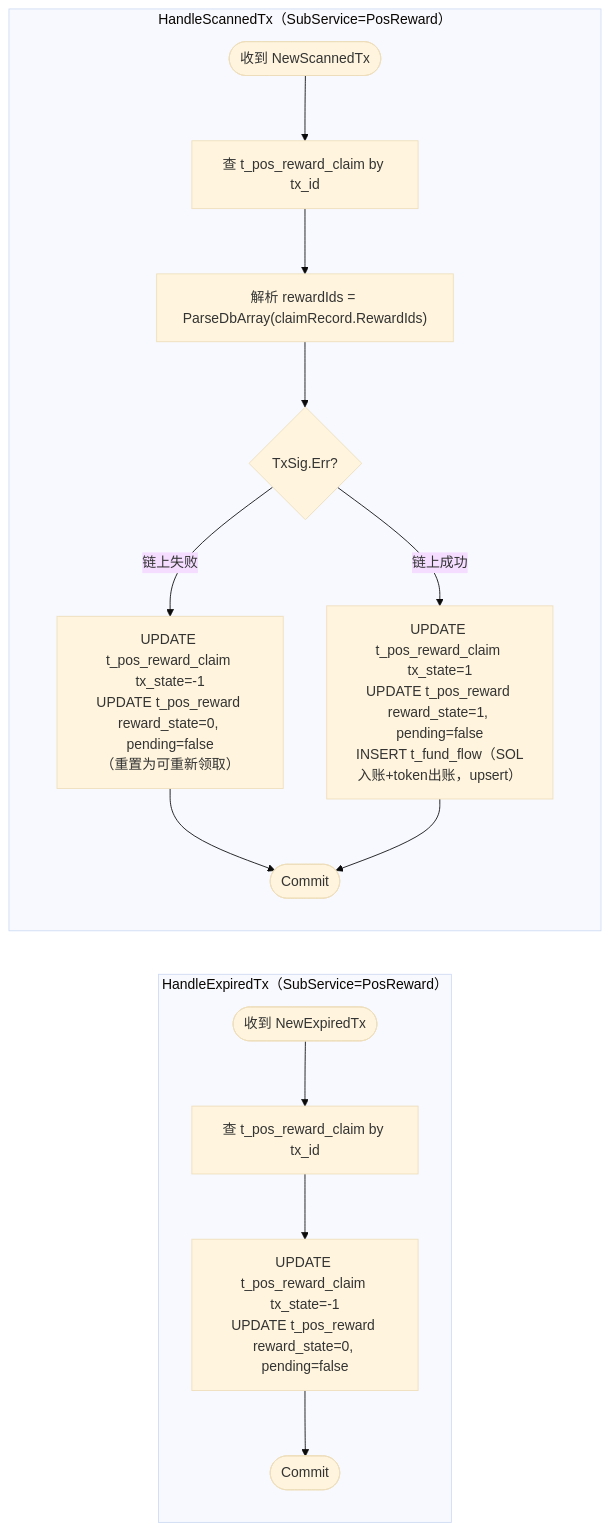
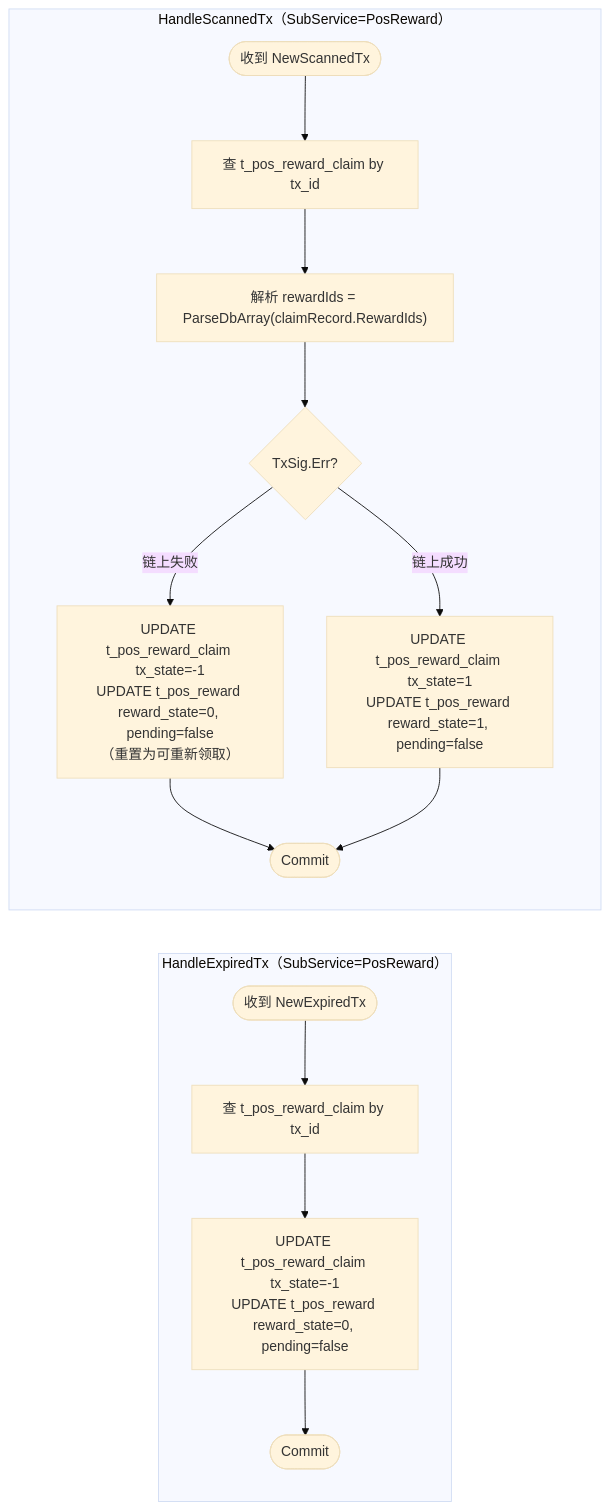
The seventh of 7 diagrams in docs/v1/pos_pos_reward.md (BillInUK/oshit-go), drawn with Mermaid (base theme) before and after one commit. The commit also changed other lines of this file and 20 other files, not shown here.

````diff
--- a/docs/v1/pos_pos_reward.md
+++ b/docs/v1/pos_pos_reward.md
@@ -343,22 +342,22 @@
 ```mermaid
 flowchart TD
     subgraph S["HandleScannedTx（SubService=PosReward）"]
         direction TD
         A([收到 NewScannedTx]) --> B[查 t_pos_reward_claim by tx_id]
         B --> C["解析 rewardIds = ParseDbArray(claimRecord.RewardIds)"]
         C --> D{TxSig.Err?}
         D -- 链上失败 --> E["UPDATE t_pos_reward_claim tx_state=-1\nUPDATE t_pos_reward reward_state=0, pending=false\n（重置为可重新领取）"]
-        D -- 链上成功 --> F["UPDATE t_pos_reward_claim tx_state=1\nUPDATE t_pos_reward reward_state=1, pending=false\nINSERT t_fund_flow（SOL入账+token出账，upsert）"]
+        D -- 链上成功 --> F["UPDATE t_pos_reward_claim tx_state=1\nUPDATE t_pos_reward reward_state=1, pending=false"]
         E --> G([Commit])
         F --> G
     end
 
     subgraph E2["HandleExpiredTx（SubService=PosReward）"]
         direction TD
         A2([收到 NewExpiredTx]) --> B2[查 t_pos_reward_claim by tx_id]
         B2 --> C2["UPDATE t_pos_reward_claim tx_state=-1\nUPDATE t_pos_reward reward_state=0, pending=false"]
         C2 --> D2([Commit])
     end
 
     S ~~~ E2
 ```
````
